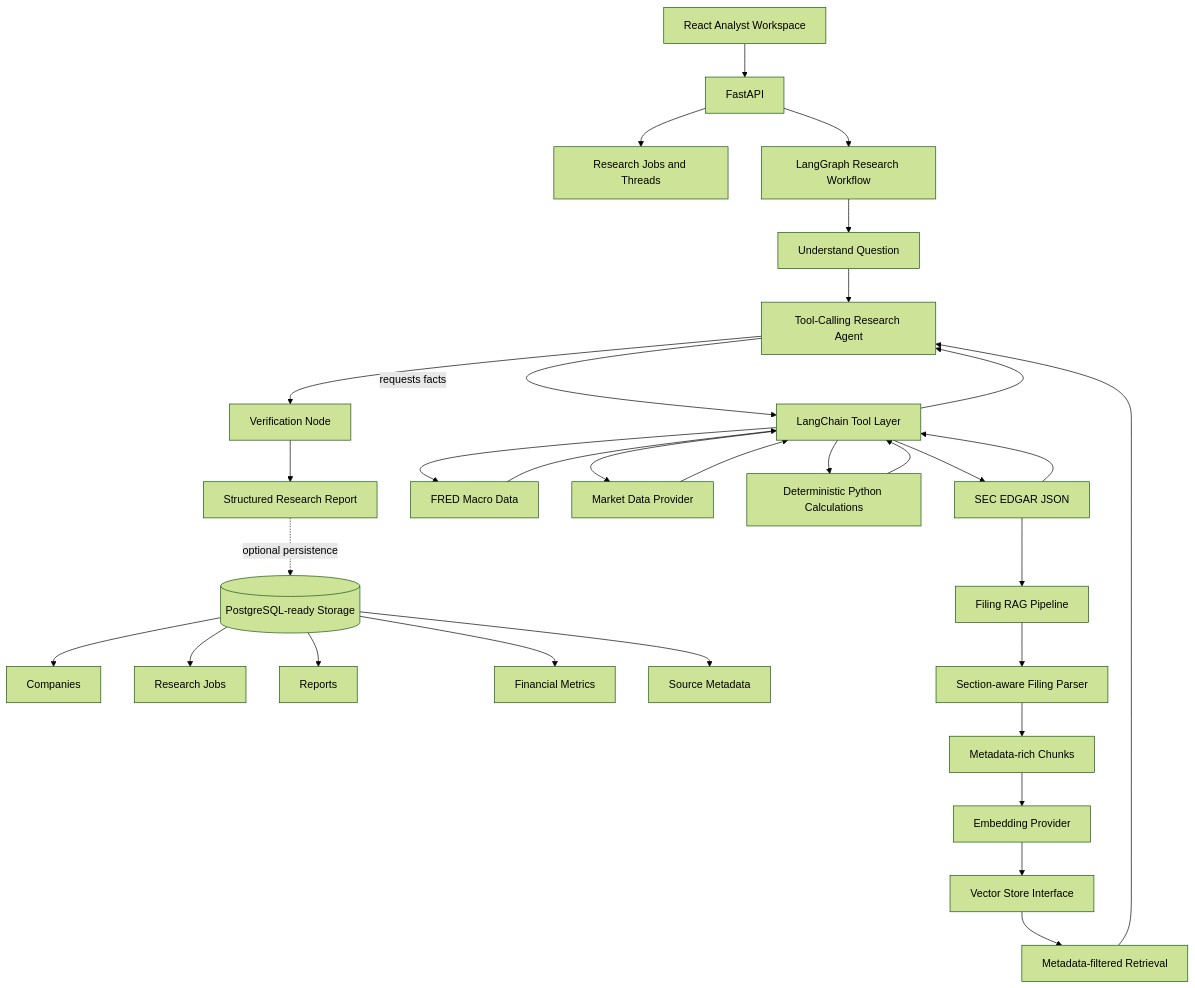
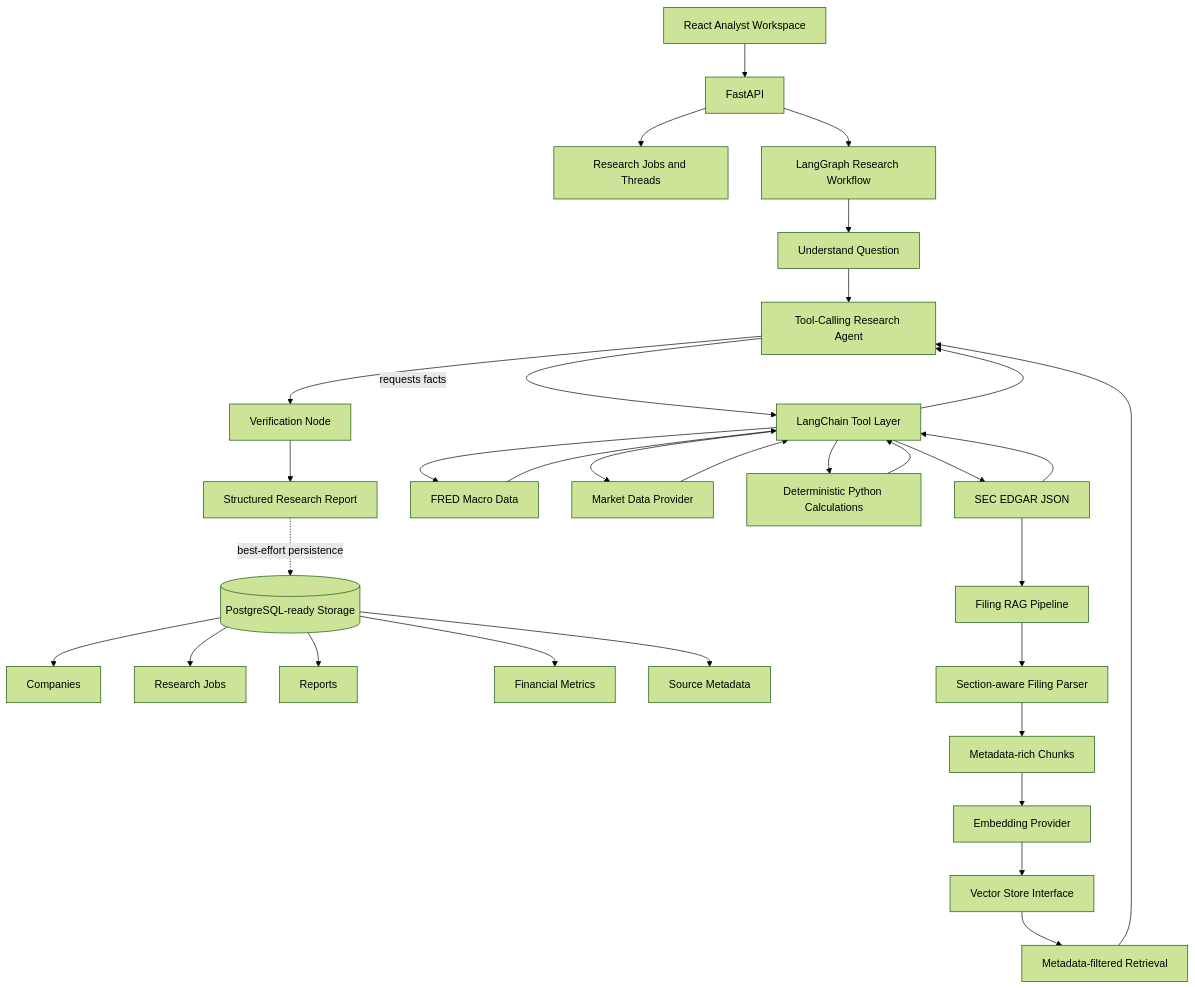
One commit to mihirajgaonkar/financial-analyst-agent changed the diagram in README.md. Above: the diagram before and after it, drawn with Mermaid (forest theme). The commit also changed other lines of this file, not shown here.

Commit message:
added new persistence layer for financial research storage

````diff
--- a/README.md
+++ b/README.md
@@ -19,36 +19,36 @@
 ```mermaid
 flowchart TD
     UI[React Analyst Workspace] --> API[FastAPI]
     API --> Jobs[Research Jobs and Threads]
     API --> Graph[LangGraph Research Workflow]
 
     Graph --> Understand[Understand Question]
     Understand --> Agent[Tool-Calling Research Agent]
     Agent -->|requests facts| Tools[LangChain Tool Layer]
     Tools --> SEC[SEC EDGAR JSON]
     Tools --> FRED[FRED Macro Data]
     Tools --> Market[Market Data Provider]
     Tools --> Calc[Deterministic Python Calculations]
     Calc --> Tools
     SEC --> Tools
     FRED --> Tools
     Market --> Tools
     Tools --> Agent
     Agent --> Verify[Verification Node]
     Verify --> Report[Structured Research Report]
 
-    Report -. optional persistence .-> Storage[(PostgreSQL-ready Storage)]
+    Report -. best-effort persistence .-> Storage[(PostgreSQL-ready Storage)]
     Storage --> Companies[Companies]
     Storage --> ResearchJobs[Research Jobs]
     Storage --> Reports[Reports]
     Storage --> Metrics[Financial Metrics]
     Storage --> Sources[Source Metadata]
 
     SEC --> FilingRAG[Filing RAG Pipeline]
     FilingRAG --> Parse[Section-aware Filing Parser]
     Parse --> Chunks[Metadata-rich Chunks]
     Chunks --> Embeddings[Embedding Provider]
     Embeddings --> VectorStore[Vector Store Interface]
     VectorStore --> Retrieval[Metadata-filtered Retrieval]
     Retrieval --> Agent
 ```
````
